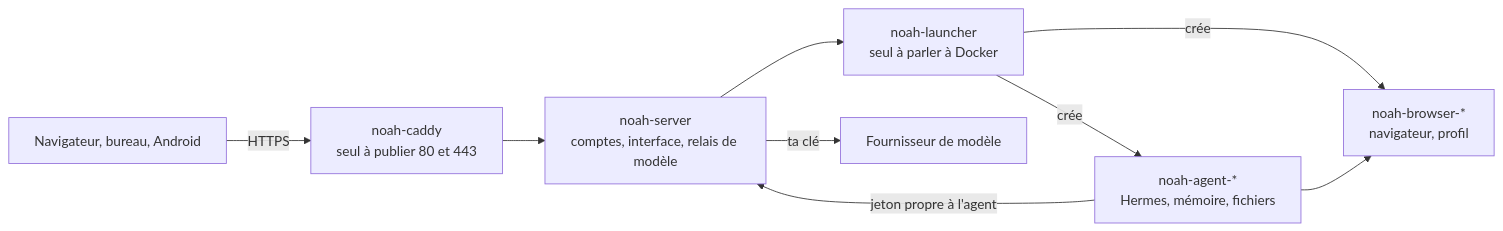
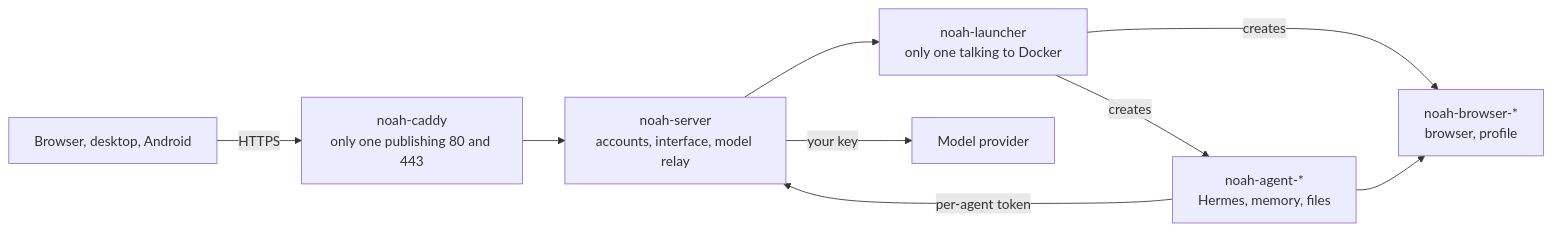
Before and after one commit to smfcoder17/noah-agent: the diagram in README.md, drawn with Mermaid. The commit also changed other lines of this file and 15 other files, not shown here.

````diff
--- a/README.md
+++ b/README.md
@@ -172,11 +161,11 @@
 ```mermaid
 flowchart LR
-    A["Navigateur, bureau, Android"] -->|HTTPS| C["noah-caddy<br>seul à publier 80 et 443"]
-    C --> S["noah-server<br>comptes, interface, relais de modèle"]
-    S --> L["noah-launcher<br>seul à parler à Docker"]
-    L -->|crée| G["noah-agent-*<br>Hermes, mémoire, fichiers"]
-    L -->|crée| B["noah-browser-*<br>navigateur, profil"]
+    A["Browser, desktop, Android"] -->|HTTPS| C["noah-caddy<br>only one publishing 80 and 443"]
+    C --> S["noah-server<br>accounts, interface, model relay"]
+    S --> L["noah-launcher<br>only one talking to Docker"]
+    L -->|creates| G["noah-agent-*<br>Hermes, memory, files"]
+    L -->|creates| B["noah-browser-*<br>browser, profile"]
     G --> B
-    G -->|jeton propre à l'agent| S
-    S -->|ta clé| M["Fournisseur de modèle"]
+    G -->|per-agent token| S
+    S -->|your key| M["Model provider"]
 ```
````
